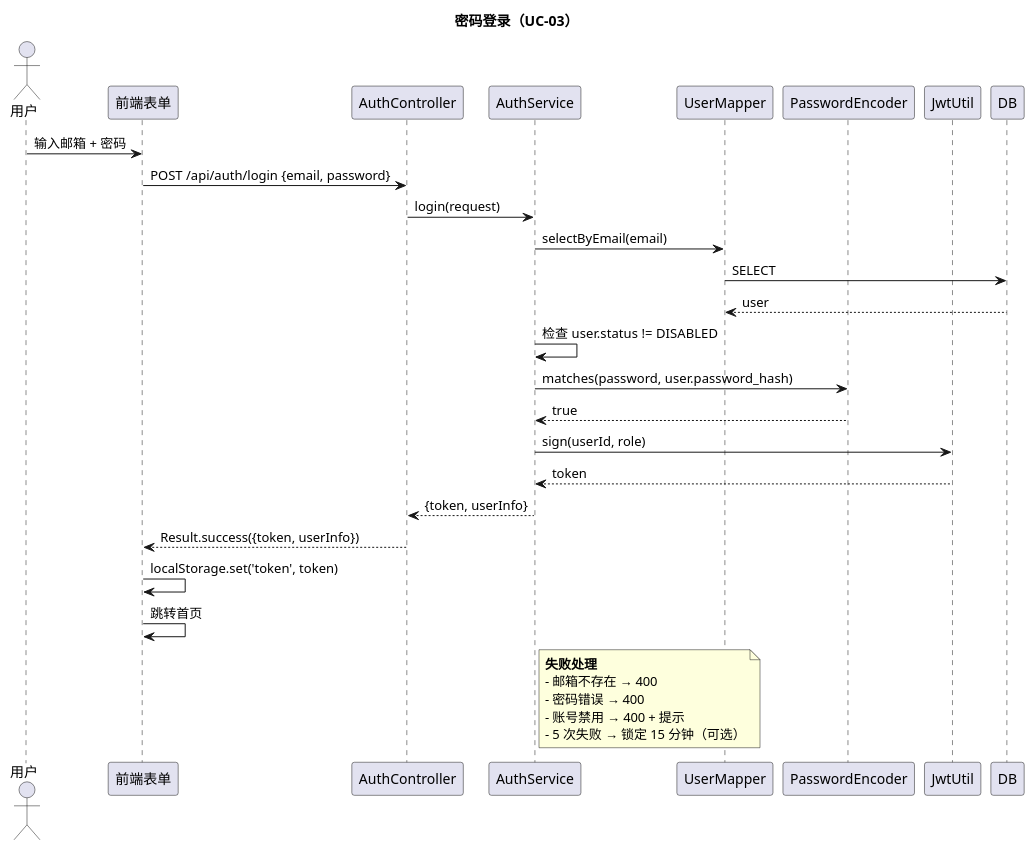
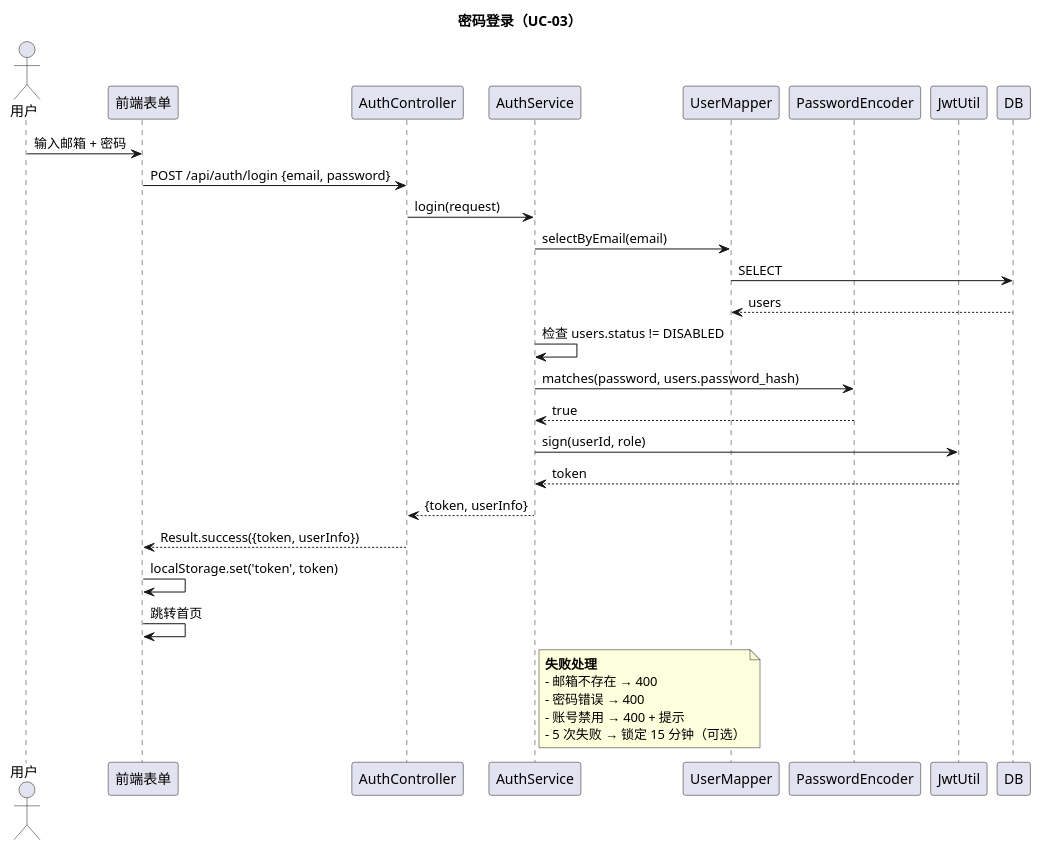
The second of 4 diagrams in docs/系统设计/详细设计/用户与认证.md (wendy-zw-yang/recruitment_system), drawn with PlantUML before and after one commit. The commit also changed other lines of this file and 166 other files, not shown here.

````diff
--- a/docs/系统设计/详细设计/用户与认证.md
+++ b/docs/系统设计/详细设计/用户与认证.md
@@ -178,38 +178,38 @@
 ```plantuml
 @startuml
 title 密码登录（UC-03）
 
 actor 用户
 participant "前端表单" as FE
 participant "AuthController" as Ctl
 participant "AuthService" as Svc
 participant "UserMapper" as UM
 participant "PasswordEncoder" as PE
 participant "JwtUtil" as JWT
 
 用户 -> FE: 输入邮箱 + 密码
 FE -> Ctl: POST /api/auth/login {email, password}
 Ctl -> Svc: login(request)
 Svc -> UM: selectByEmail(email)
 UM -> DB: SELECT
-DB --> UM: user
-Svc -> Svc: 检查 user.status != DISABLED
-Svc -> PE: matches(password, user.password_hash)
+DB --> UM: users
+Svc -> Svc: 检查 users.status != DISABLED
+Svc -> PE: matches(password, users.password_hash)
 PE --> Svc: true
 Svc -> JWT: sign(userId, role)
 JWT --> Svc: token
 Svc --> Ctl: {token, userInfo}
 Ctl --> FE: Result.success({token, userInfo})
 FE -> FE: localStorage.set('token', token)
 FE -> FE: 跳转首页
 
 note right of Svc
   **失败处理**
   - 邮箱不存在 → 400
   - 密码错误 → 400
   - 账号禁用 → 400 + 提示
   - 5 次失败 → 锁定 15 分钟（可选）
 end note
 
 @enduml
 ```
````
